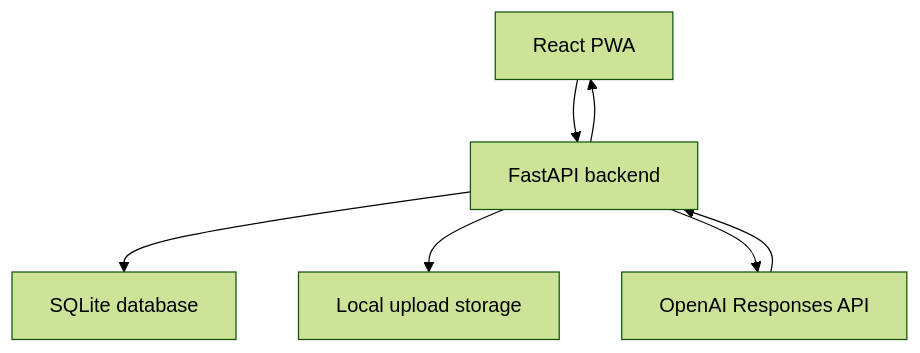
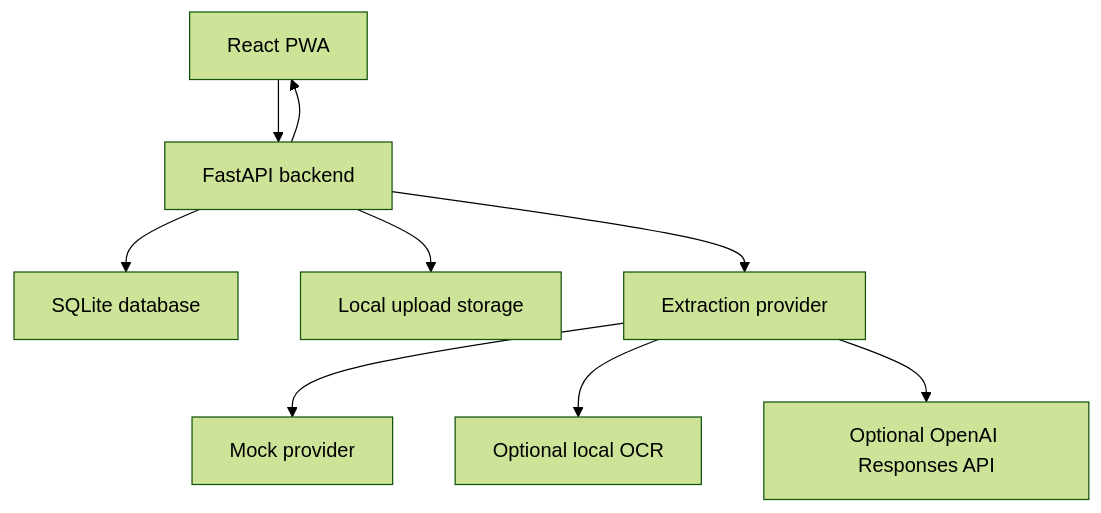
Before and after one commit to TianyouLiuSky/medshelf-openai-build-week: the diagram in docs/technical-architecture.md, drawn with Mermaid (forest theme). The commit also changed other lines of this file and 17 other files, not shown here.

Commit message:
provider-based leaflet extraction pipeline.

````diff
--- a/docs/technical-architecture.md
+++ b/docs/technical-architecture.md
@@ -7,9 +7,11 @@
 ```mermaid
 flowchart TD
     UI["React PWA"] --> API["FastAPI backend"]
     API --> DB["SQLite database"]
     API --> FILES["Local upload storage"]
-    API --> OPENAI["OpenAI Responses API"]
-    OPENAI --> API
+    API --> EXTRACT["Extraction provider"]
+    EXTRACT --> MOCK["Mock provider"]
+    EXTRACT --> OCR["Optional local OCR"]
+    EXTRACT --> OPENAI["Optional OpenAI Responses API"]
     API --> UI
 ```
````
